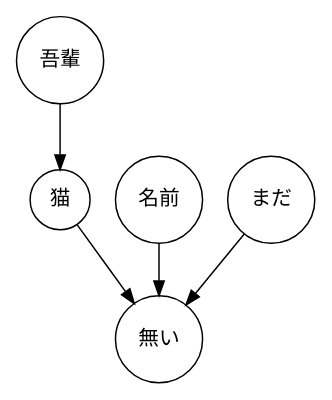
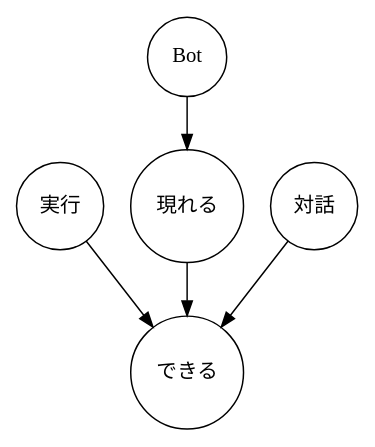
Before and after one commit to d0iasm/graph-docs: the diagram in dest/new.dot, drawn with Graphviz. The commit also changed 6 other files, not shown here.

```diff
--- a/dest/new.dot
+++ b/dest/new.dot
@@ -1,12 +1,12 @@
 digraph {
 	node [shape=circle]
-	"吾輩" [label="吾輩"]
-	"猫" [label="猫"]
-	"名前" [label="名前"]
-	"まだ" [label="まだ"]
-	"無い" [label="無い"]
-	"吾輩" -> "猫"
-	"猫" -> "無い"
-	"名前" -> "無い"
-	"まだ" -> "無い"
+	"実行" [label="実行"]
+	Bot [label=Bot]
+	"現れる" [label="現れる"]
+	"対話" [label="対話"]
+	"できる" [label="できる"]
+	"実行" -> "できる"
+	Bot -> "現れる"
+	"現れる" -> "できる"
+	"対話" -> "できる"
 }
```
